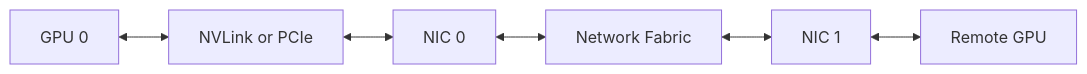
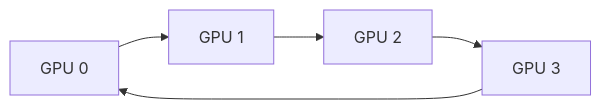
The first of 2 diagrams in docs/nvidia-zero-to-hero/volume-13/chapter-08-nccl-collectives-and-communication-paths.md (jithinpnjm/nvidia-devops), drawn with Mermaid before and after one commit. The commit also changed other lines of this file and 4 other files, not shown here.

````diff
--- a/docs/nvidia-zero-to-hero/volume-13/chapter-08-nccl-collectives-and-communication-paths.md
+++ b/docs/nvidia-zero-to-hero/volume-13/chapter-08-nccl-collectives-and-communication-paths.md
@@ -24,11 +43,7 @@
 ```mermaid
 flowchart LR
-    GPU0[GPU 0]
-    NVLink[NVLink or PCIe]
-    NIC0[NIC 0]
-    Fabric[Network Fabric]
-    NIC1[NIC 1]
-    GPU1[Remote GPU]
-
-    GPU0 <--> NVLink <--> NIC0 <--> Fabric <--> NIC1 <--> GPU1
+    GPU0[GPU 0] --> GPU1[GPU 1]
+    GPU1 --> GPU2[GPU 2]
+    GPU2 --> GPU3[GPU 3]
+    GPU3 --> GPU0
 ```
````
